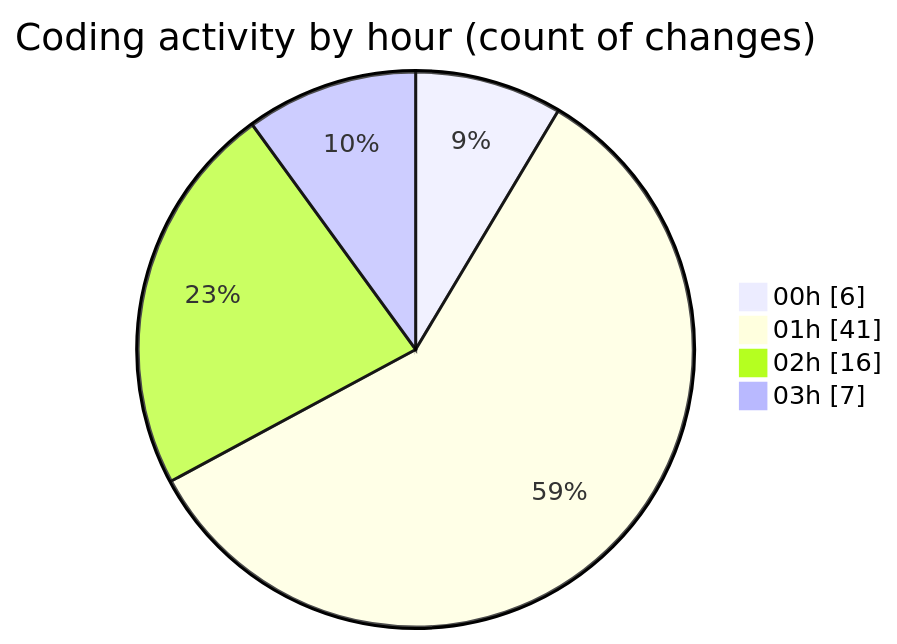
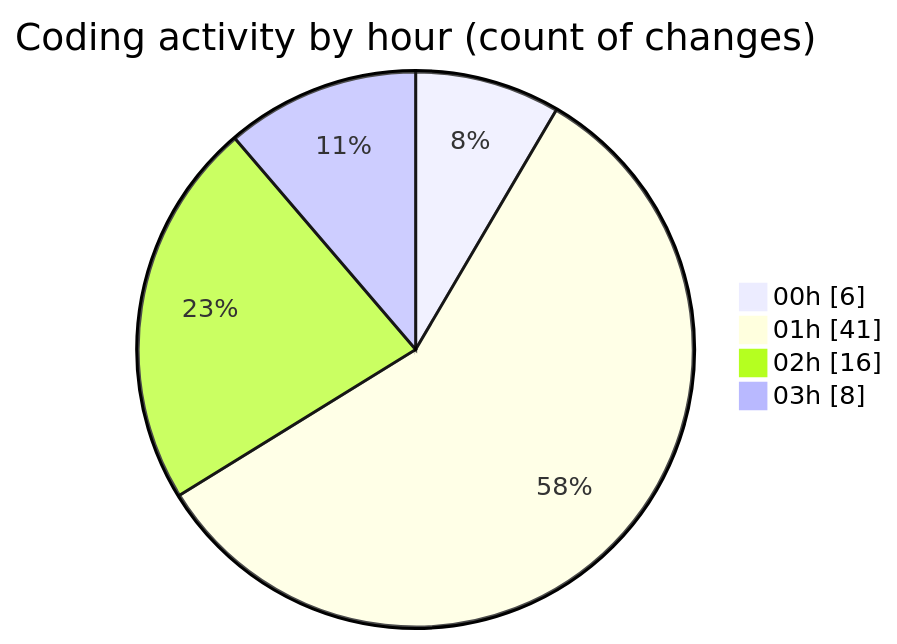
Before and after one commit to JenPaints/code-tracking: the second of 2 diagrams in 2025-06-22/archive/README.md, drawn with Mermaid. The commit also changed other lines of this file and 1 other file, not shown here.

````diff
--- a/2025-06-22/archive/README.md
+++ b/2025-06-22/archive/README.md
@@ -35,8 +35,8 @@
 ```mermaid
 pie showData
 title Coding activity by hour (count of changes)
 "00h" : 6
 "01h" : 41
 "02h" : 16
-"03h" : 7
+"03h" : 8
 ```
````
